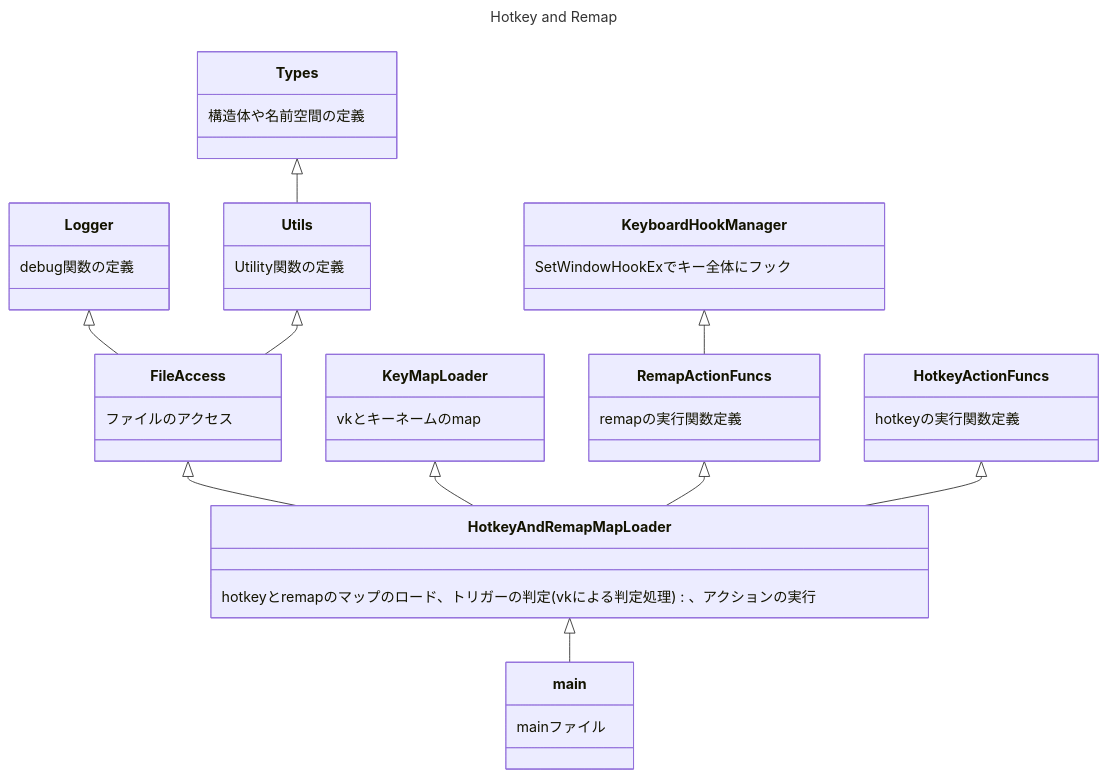
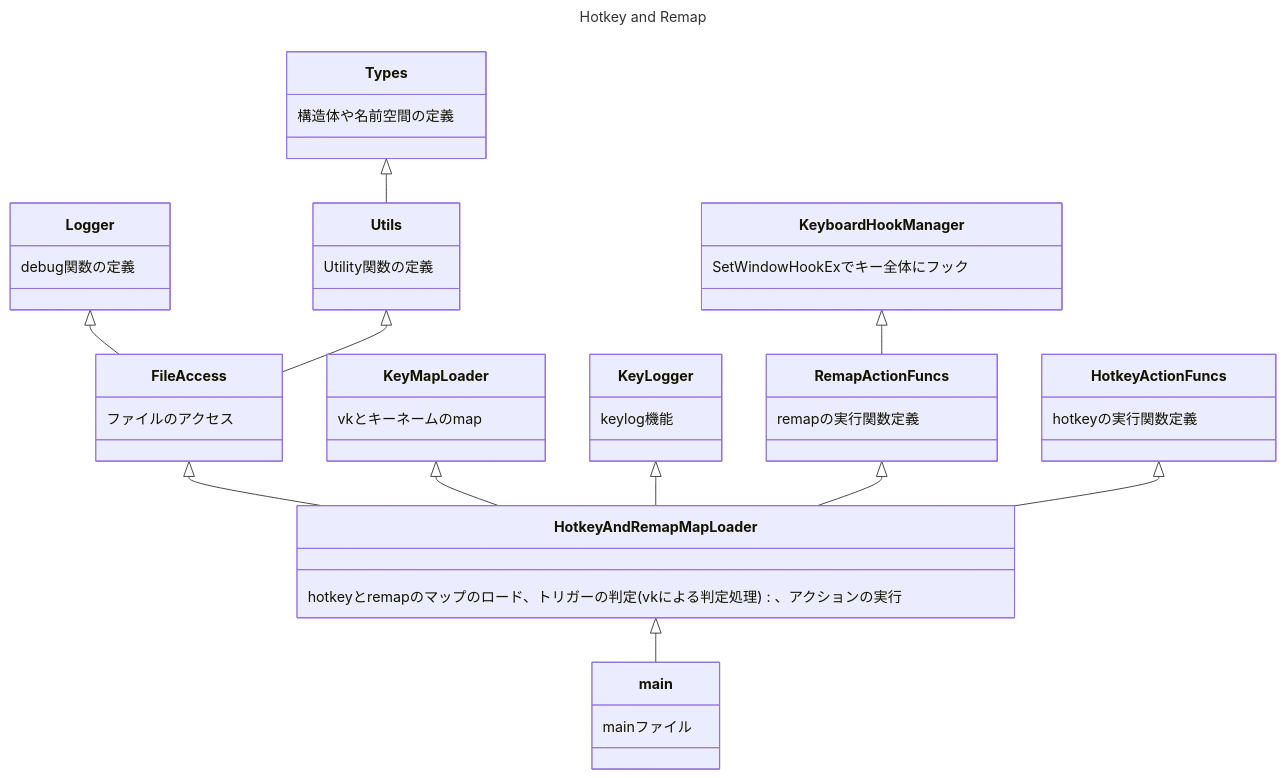
The diagram in CLI/document/クラス図/Mermaid Chart.mmd (ripidot/newhotkey), drawn with Mermaid before and after one commit. The commit also changed 8 other files, not shown here.

```diff
--- a/CLI/document/クラス図/Mermaid Chart.mmd
+++ b/CLI/document/クラス図/Mermaid Chart.mmd
@@ -1,45 +1,49 @@
 ---
 title: Hotkey and Remap
 ---
 classDiagram
 direction TB
     class FileAccess {
 	    ファイルのアクセス
     }
     class HotkeyAndRemapMapLoader {
       hotkeyとremapのマップのロード、トリガーの判定(vkによる判定処理)、アクションの実行
     }
     class KeyMapLoader {
       vkとキーネームのmap
     }
     class KeyboardHookManager {
     SetWindowHookExでキー全体にフック
     }
     class HotkeyActionFuncs {
       hotkeyの実行関数定義
     }
     class RemapActionFuncs {
       remapの実行関数定義
     }
     class Logger {
       debug関数の定義
     }
     class Utils {
       Utility関数の定義
     }
     class Types {
       構造体や名前空間の定義
     }
     class main {
       mainファイル
     }
+    class KeyLogger {
+        keylog機能
+    }
   
     FileAccess <|-- HotkeyAndRemapMapLoader
     KeyMapLoader <|-- HotkeyAndRemapMapLoader
     KeyboardHookManager<|-- RemapActionFuncs
+    KeyLogger <|-- HotkeyAndRemapMapLoader
     RemapActionFuncs<|-- HotkeyAndRemapMapLoader
     HotkeyActionFuncs <|-- HotkeyAndRemapMapLoader
     HotkeyAndRemapMapLoader <|-- main
     Logger <|-- FileAccess
     Utils <|-- FileAccess
     Types <|-- Utils
```
